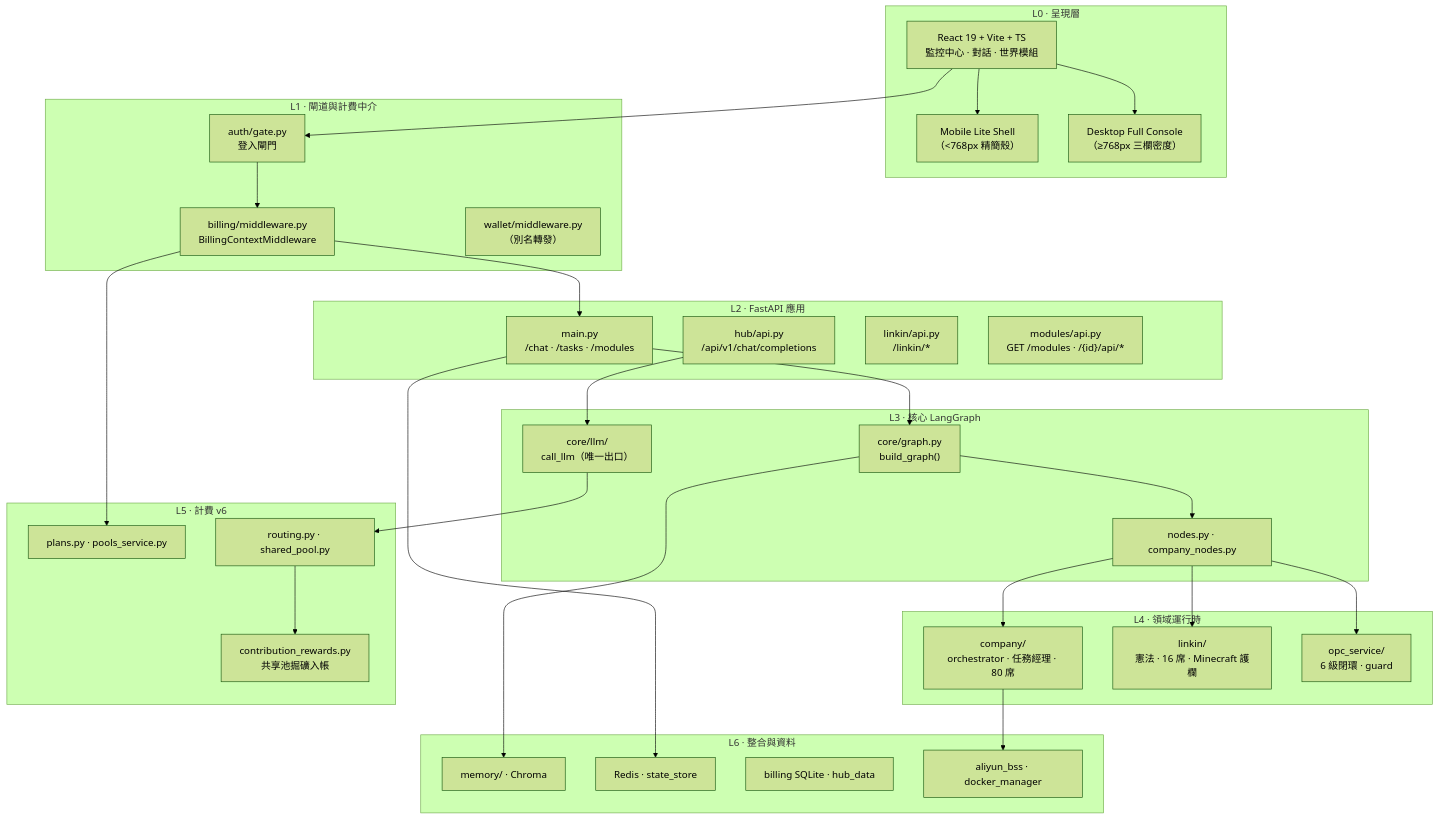
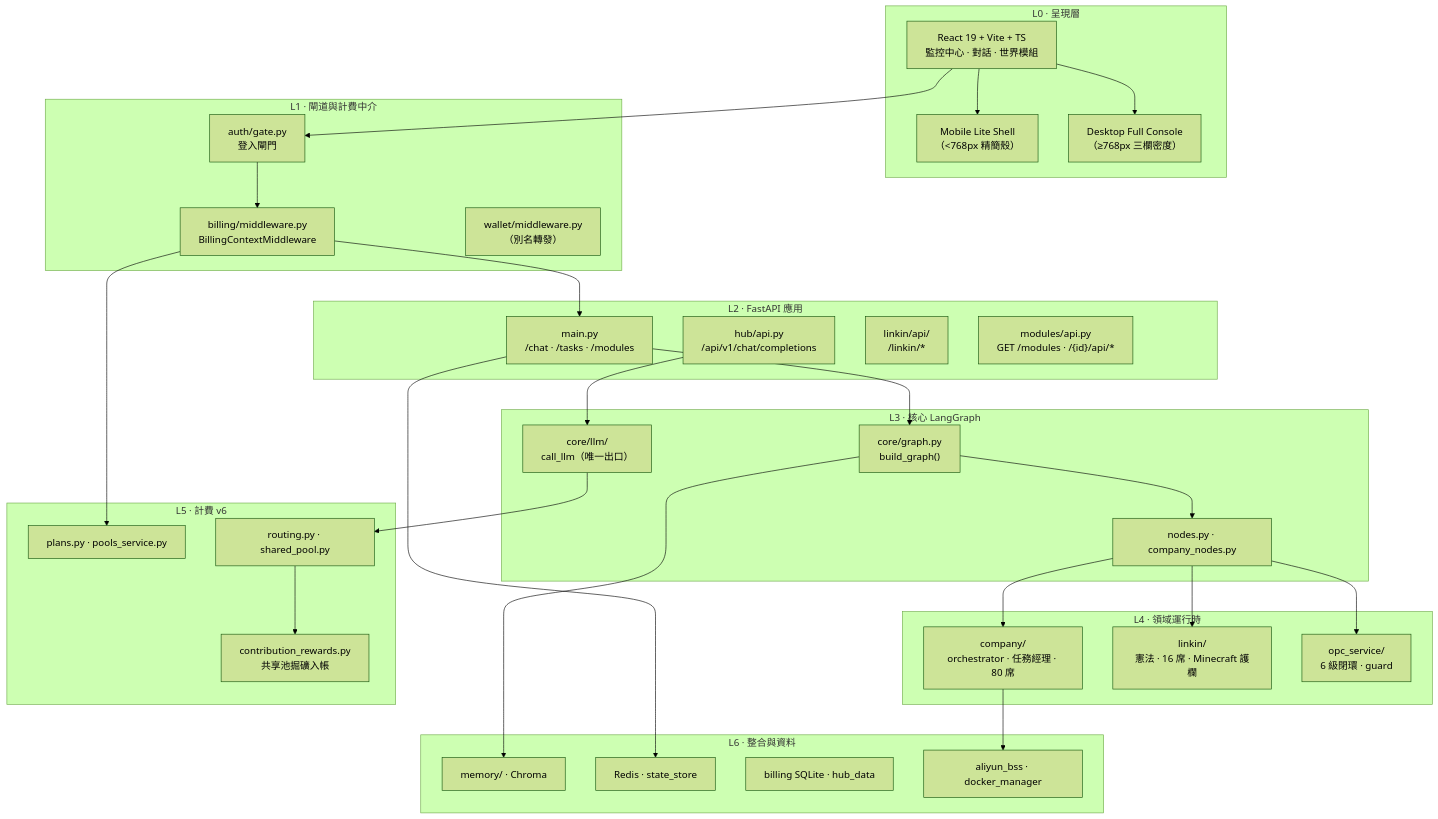
One commit to iiooiioo888/Linkin changed the third of 10 diagrams in docs/architecture/system-architecture-2026-09.md. Above: the diagram before and after it, drawn with Mermaid (forest theme). The commit also changed 40 other files, not shown here.

````diff
--- a/docs/architecture/system-architecture-2026-09.md
+++ b/docs/architecture/system-architecture-2026-09.md
@@ -73,64 +73,64 @@
 ```mermaid
 flowchart TB
     subgraph L0["L0 · 呈現層"]
         React["React 19 + Vite + TS<br/>監控中心 · 對話 · 世界模組"]
         Mobile["Mobile Lite Shell<br/>（&lt;768px 精簡殼）"]
         Desktop["Desktop Full Console<br/>（≥768px 三欄密度）"]
     end
 
     subgraph L1["L1 · 閘道與計費中介"]
         Auth["auth/gate.py<br/>登入閘門"]
         BillMW["billing/middleware.py<br/>BillingContextMiddleware"]
         Wallet["wallet/middleware.py<br/>（別名轉發）"]
     end
 
     subgraph L2["L2 · FastAPI 應用"]
         Main["main.py<br/>/chat · /tasks · /modules"]
         Hub["hub/api.py<br/>/api/v1/chat/completions"]
-        LinkinAPI["linkin/api.py<br/>/linkin/*"]
+        LinkinAPI["linkin/api/<br/>/linkin/*"]
         ModAPI["modules/api.py<br/>GET /modules · /{id}/api/*"]
     end
 
     subgraph L3["L3 · 核心 LangGraph"]
         Graph["core/graph.py<br/>build_graph()"]
         Nodes["nodes.py · company_nodes.py"]
         LLM["core/llm/<br/>call_llm（唯一出口）"]
     end
 
     subgraph L4["L4 · 領域運行時"]
         Company["company/<br/>orchestrator · 任務經理 · 80 席"]
         Linkin["linkin/<br/>憲法 · 16 席 · Minecraft 護欄"]
         OPCG["opc_service/<br/>6 級閉環 · guard"]
     end
 
     subgraph L5["L5 · 計費 v6"]
         Plans["plans.py · pools_service.py"]
         Routing["routing.py · shared_pool.py"]
         Rewards["contribution_rewards.py<br/>共享池掘礦入帳"]
     end
 
     subgraph L6["L6 · 整合與資料"]
         Mem["memory/ · Chroma"]
         RedisD["Redis · state_store"]
         SQLite["billing SQLite · hub_data"]
         BSS2["aliyun_bss · docker_manager"]
     end
 
     React --> Mobile
     React --> Desktop
     React --> Auth
     Auth --> BillMW
     BillMW --> Main
     Main --> Graph
     Hub --> LLM
     Graph --> Nodes
     Nodes --> Company
     Nodes --> Linkin
     Nodes --> OPCG
     LLM --> Routing
     Routing --> Rewards
     Graph --> Mem
     Main --> RedisD
     BillMW --> Plans
     Company --> BSS2
 ```
````
